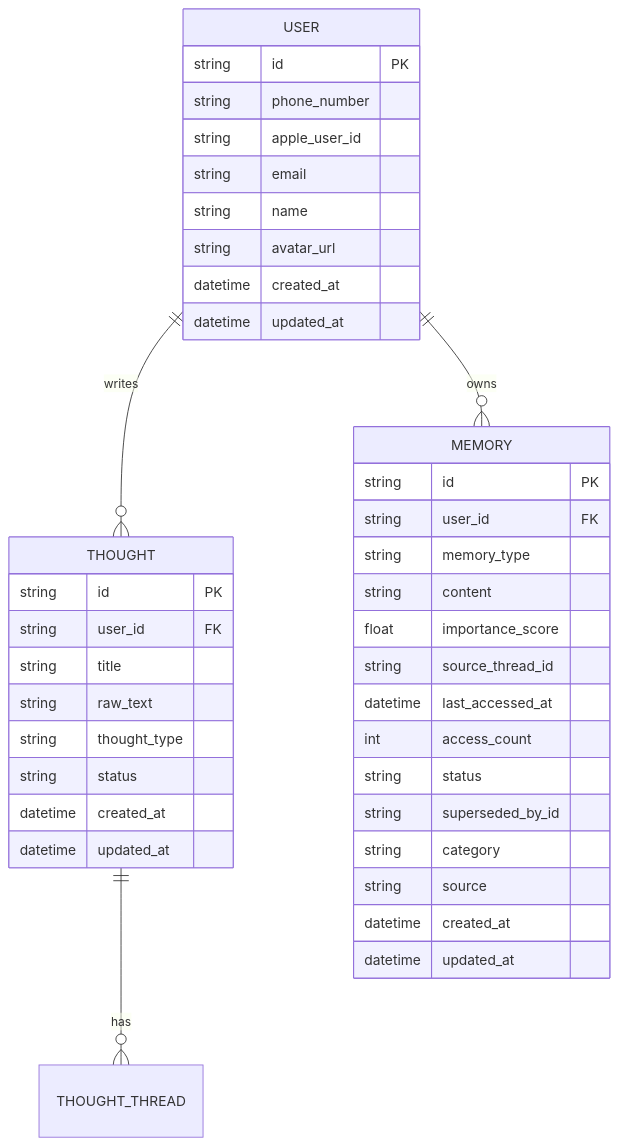
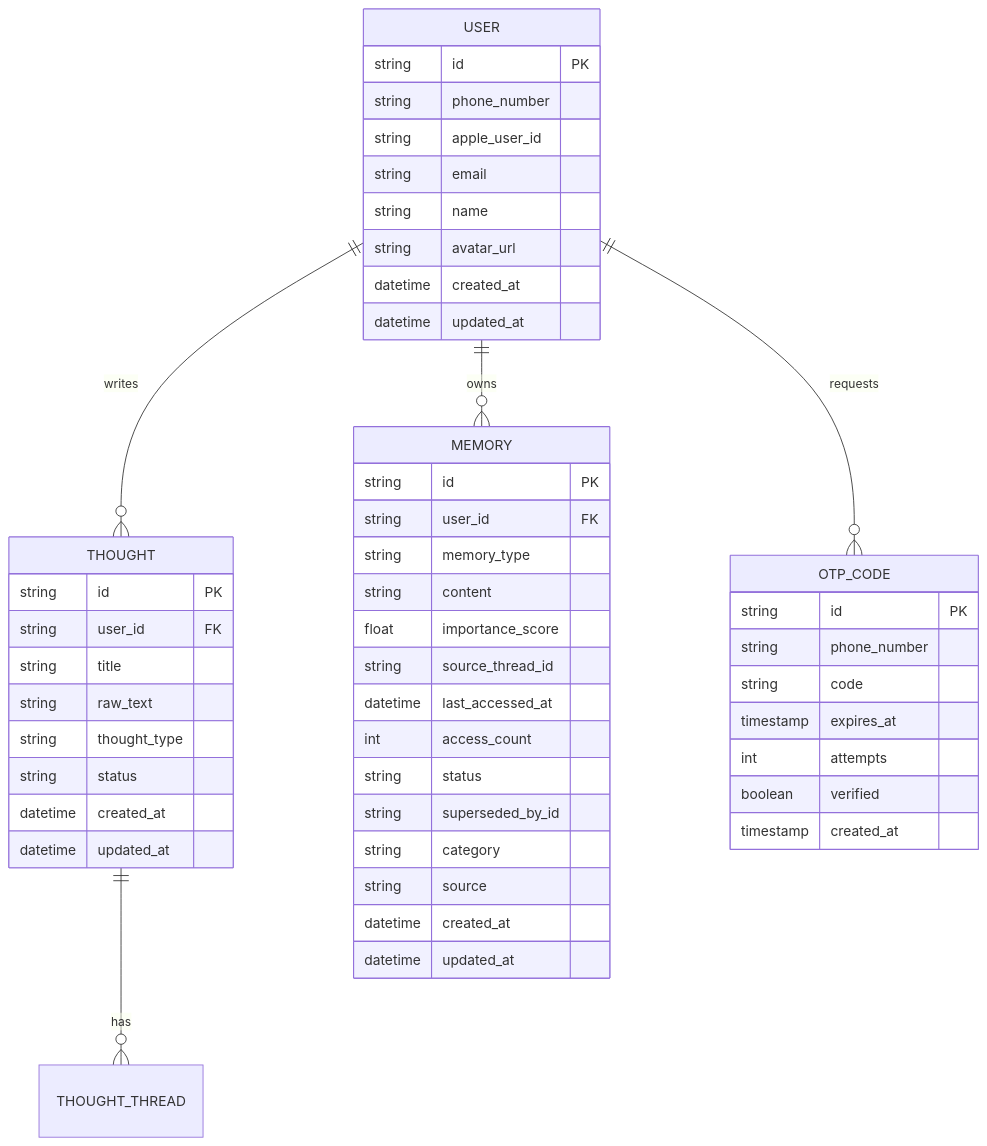
Before and after one commit to statgod6/4ever: the eighth of 12 diagrams in .qoder/repowiki/en/content/System Architecture/Deployment & Infrastructure.md, drawn with Mermaid. The commit also changed other lines of this file and 116 other files, not shown here.

````diff
--- a/.qoder/repowiki/en/content/System Architecture/Deployment & Infrastructure.md
+++ b/.qoder/repowiki/en/content/System Architecture/Deployment & Infrastructure.md
@@ -276,42 +302,52 @@
 ```mermaid
 erDiagram
 USER {
 string id PK
 string phone_number
 string apple_user_id
 string email
 string name
 string avatar_url
 datetime created_at
 datetime updated_at
 }
 THOUGHT {
 string id PK
 string user_id FK
 string title
 string raw_text
 string thought_type
 string status
 datetime created_at
 datetime updated_at
 }
 MEMORY {
 string id PK
 string user_id FK
 string memory_type
 string content
 float importance_score
 string source_thread_id
 datetime last_accessed_at
 int access_count
 string status
 string superseded_by_id
 string category
 string source
 datetime created_at
 datetime updated_at
 }
+OTP_CODE {
+string id PK
+string phone_number
+string code
+timestamp expires_at
+int attempts
+boolean verified
+timestamp created_at
+}
 THOUGHT ||--o{ THOUGHT_THREAD : "has"
 USER ||--o{ THOUGHT : "writes"
 USER ||--o{ MEMORY : "owns"
+USER ||--o{ OTP_CODE : "requests"
 ```
````
